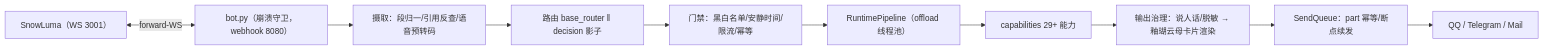
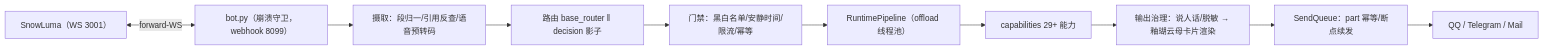
Before and after one commit to LancyCelestia/WuWa-Character-Bots: the diagram in README.md, drawn with Mermaid. The commit also changed 280 other files, not shown here.

````diff
--- a/README.md
+++ b/README.md
@@ -68,12 +68,12 @@
 ```mermaid
 flowchart LR
-    QQ["SnowLuma（WS 3001）"] <-- forward-WS --> bot["bot.py（崩溃守卫，webhook 8080）"]
+    QQ["SnowLuma（WS 3001）"] <-- forward-WS --> bot["bot.py（崩溃守卫，webhook 8099）"]
     bot --> ingest["摄取：段归一/引用反查/语音预转码"]
     ingest --> route["路由 base_router ‖ decision 影子"]
     route --> gate["门禁：黑白名单/安静时间/限流/幂等"]
     gate --> pipe["RuntimePipeline（offload 线程池）"]
     pipe --> caps["capabilities 29+ 能力"]
     caps --> render["输出治理：说人话/脱敏 → 釉瑚云母卡片渲染"]
     render --> queue["SendQueue：part 幂等/断点续发"]
     queue --> out["QQ / Telegram / Mail"]
 ```
````
